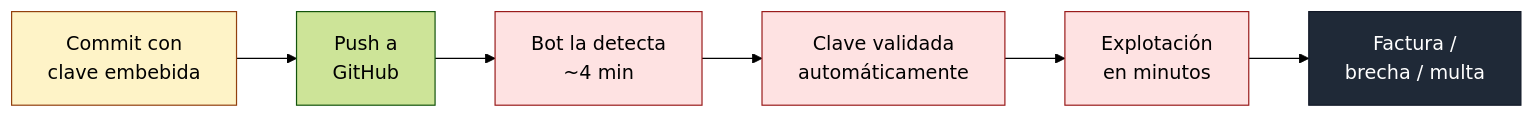
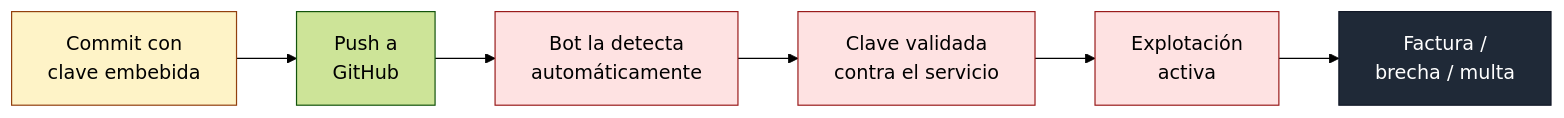
The first of 2 diagrams in HeroCamp-Teoria/Entregables/guia_seguridad_alumnos.md (jagarcig-ntt/ai-pm-pro-seguridad), drawn with Mermaid (forest theme) before and after one commit. The commit also changed other lines of this file and 1 other file, not shown here.

````diff
--- a/HeroCamp-Teoria/Entregables/guia_seguridad_alumnos.md
+++ b/HeroCamp-Teoria/Entregables/guia_seguridad_alumnos.md
@@ -22,14 +22,14 @@
 ```mermaid
 flowchart LR
     A[Commit con<br/>clave embebida] --> B[Push a<br/>GitHub]
-    B --> C[Bot la detecta<br/>~4 min]
-    C --> D[Clave validada<br/>automáticamente]
-    D --> E[Explotación<br/>en minutos]
+    B --> C[Bot la detecta<br/>automáticamente]
+    C --> D[Clave validada<br/>contra el servicio]
+    D --> E[Explotación<br/>activa]
     E --> F[Factura /<br/>brecha / multa]
 
     style A fill:#fef3c7,stroke:#92400e
     style C fill:#fee2e2,stroke:#991b1b
     style D fill:#fee2e2,stroke:#991b1b
     style E fill:#fee2e2,stroke:#991b1b
     style F fill:#1f2937,stroke:#111827,color:#fff
 ```
````
